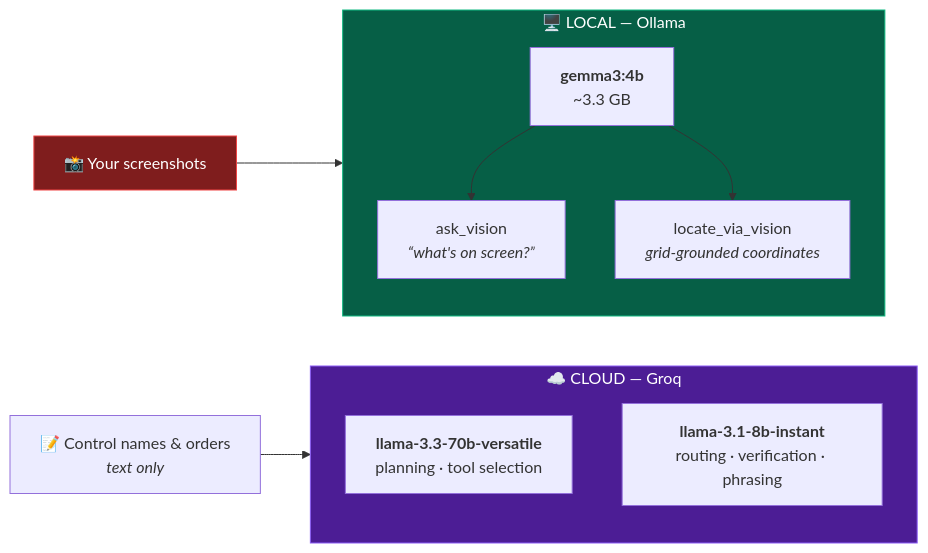
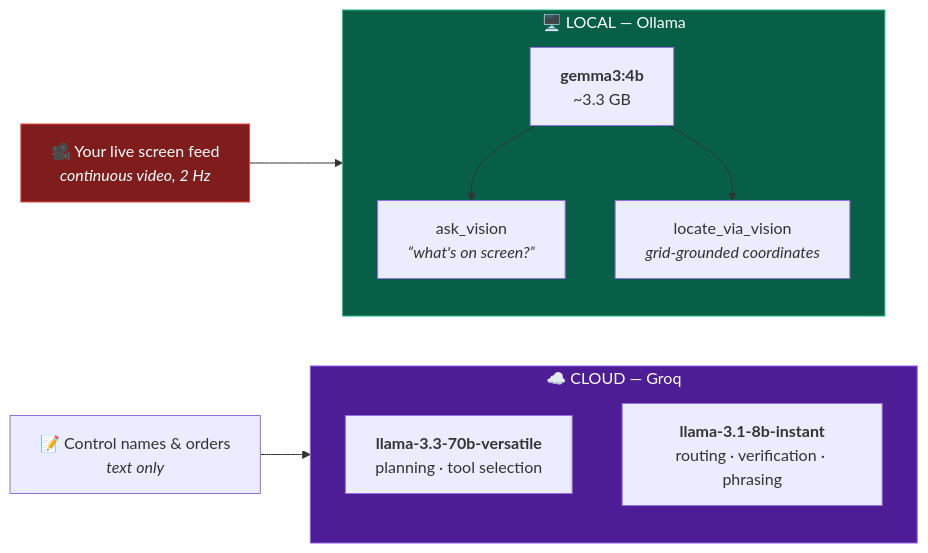
The second of 7 diagrams in README.md (SwaRaaaj/Jarvis2.0), drawn with Mermaid before and after one commit. The commit also changed other lines of this file, not shown here.

First line of the commit message:
Describe perception as a live video feed, not screenshots

````diff
--- a/README.md
+++ b/README.md
@@ -212,24 +212,24 @@
 ```mermaid
 flowchart LR
     subgraph L["🖥️  LOCAL — Ollama"]
         direction TB
         G["<b>gemma3:4b</b><br/>~3.3 GB"]
         G1["ask_vision<br/><i>“what's on screen?”</i>"]
         G2["locate_via_vision<br/><i>grid-grounded coordinates</i>"]
         G --> G1
         G --> G2
     end
 
     subgraph C["☁️  CLOUD — Groq"]
         direction TB
         S["<b>llama-3.3-70b-versatile</b><br/>planning · tool selection"]
         F["<b>llama-3.1-8b-instant</b><br/>routing · verification · phrasing"]
     end
 
-    PIX["📸 Your screenshots"] --> L
+    PIX["🎥 Your live screen feed<br/><i>continuous video, 2 Hz</i>"] --> L
     TXT["📝 Control names & orders<br/><i>text only</i>"] --> C
 
     style L fill:#065f46,stroke:#10b981,color:#fff
     style C fill:#4c1d95,stroke:#8b5cf6,color:#fff
     style PIX fill:#7f1d1d,stroke:#ef4444,color:#fff
 ```
````
